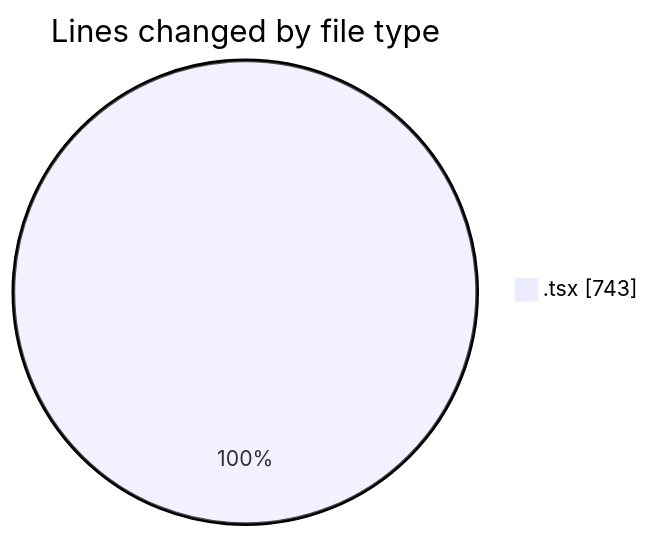
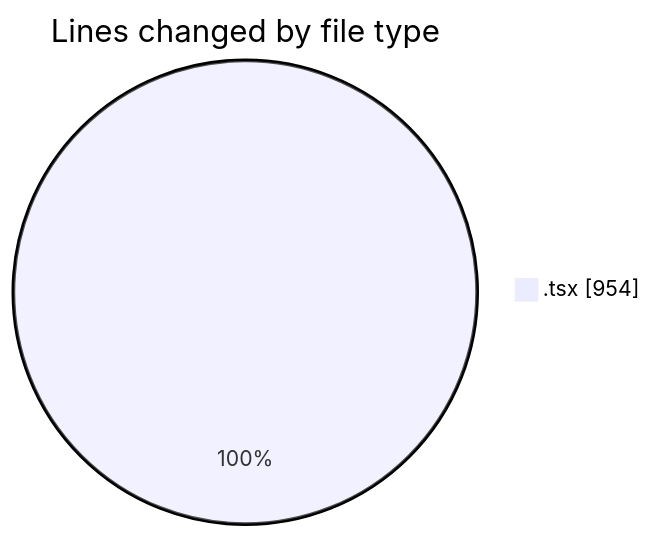
The first of 2 diagrams in 2025-08-27/loja-mbc-web/README.md (robertbonfada/code-tracking), drawn with Mermaid before and after one commit. The commit also changed other lines of this file and 1 other file, not shown here.

````diff
--- a/2025-08-27/loja-mbc-web/README.md
+++ b/2025-08-27/loja-mbc-web/README.md
@@ -20,5 +21,5 @@
 ```mermaid
 pie showData
 title Lines changed by file type
-".tsx" : 743
+".tsx" : 954
 ```
````
